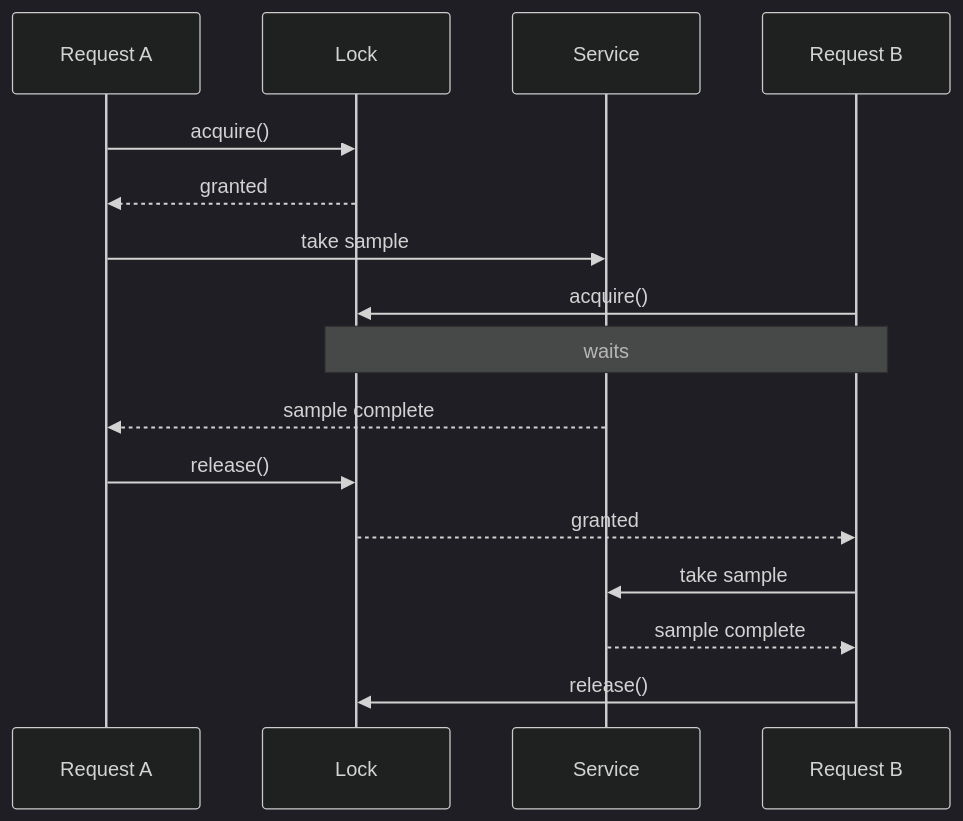
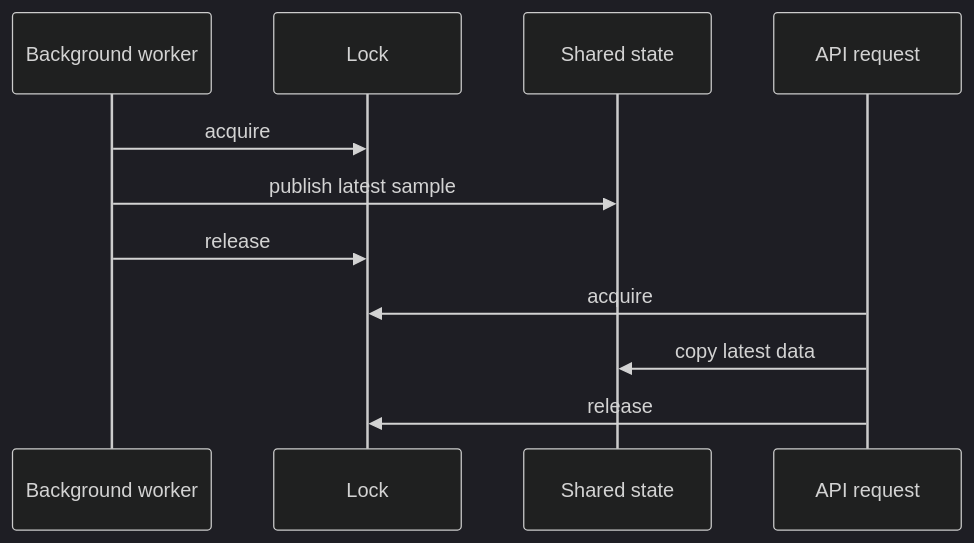
Before and after one commit to IronRon/Sys-Monitor: diagram 27 of 31 in docs/architecture.md, drawn with Mermaid (dark theme). The commit also changed other lines of this file and 8 other files, not shown here.

First line of the commit message:
Refactor monitoring architecture to implement continuous background sampling

````diff
--- a/docs/architecture.md
+++ b/docs/architecture.md
@@ -1580,27 +1414,15 @@
 ```mermaid
 sequenceDiagram
-    participant A as Request A
+    participant Worker as Background worker
     participant Lock
-    participant Service
-    participant B as Request B
+    participant State as Shared state
+    participant API as API request
 
-    A->>Lock: acquire()
-    Lock-->>A: granted
+    Worker->>Lock: acquire
+    Worker->>State: publish latest sample
+    Worker->>Lock: release
 
-    A->>Service: take sample
-
-    B->>Lock: acquire()
-    Note over B,Lock: waits
-
-    Service-->>A: sample complete
-
-    A->>Lock: release()
-
-    Lock-->>B: granted
-
-    B->>Service: take sample
-
-    Service-->>B: sample complete
-
-    B->>Lock: release()
+    API->>Lock: acquire
+    API->>State: copy latest data
+    API->>Lock: release
 ```
````
